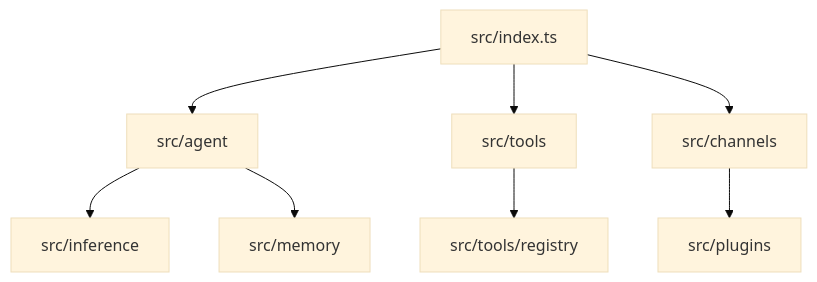
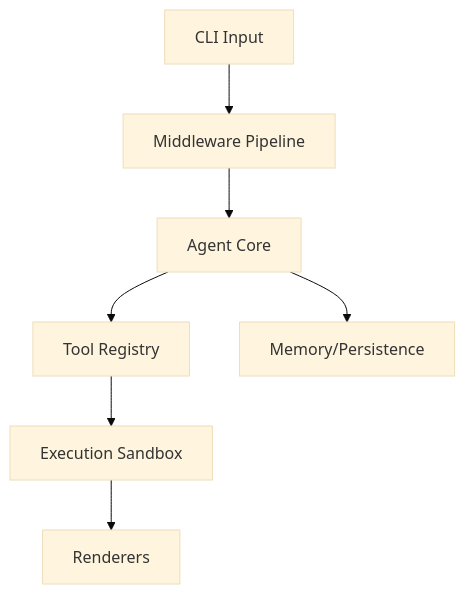
One commit to phuetz/code-buddy changed the diagram in .codebuddy/docs/10-development.md. Above: the diagram before and after it, drawn with Mermaid (base theme). The commit also changed other lines of this file and 15 other files, not shown here.

````diff
--- a/.codebuddy/docs/10-development.md
+++ b/.codebuddy/docs/10-development.md
@@ -48,10 +179,9 @@
 ```mermaid
 graph TD
-    A[src/index.ts] --> B[src/agent]
-    A --> C[src/tools]
-    A --> D[src/channels]
-    B --> E[src/inference]
-    B --> F[src/memory]
-    C --> G[src/tools/registry]
-    D --> H[src/plugins]
+    CLI[CLI Input] --> Middleware[Middleware Pipeline]
+    Middleware --> Agent[Agent Core]
+    Agent --> Tools[Tool Registry]
+    Tools --> Sandbox[Execution Sandbox]
+    Sandbox --> Output[Renderers]
+    Agent --> Memory[Memory/Persistence]
 ```
````
